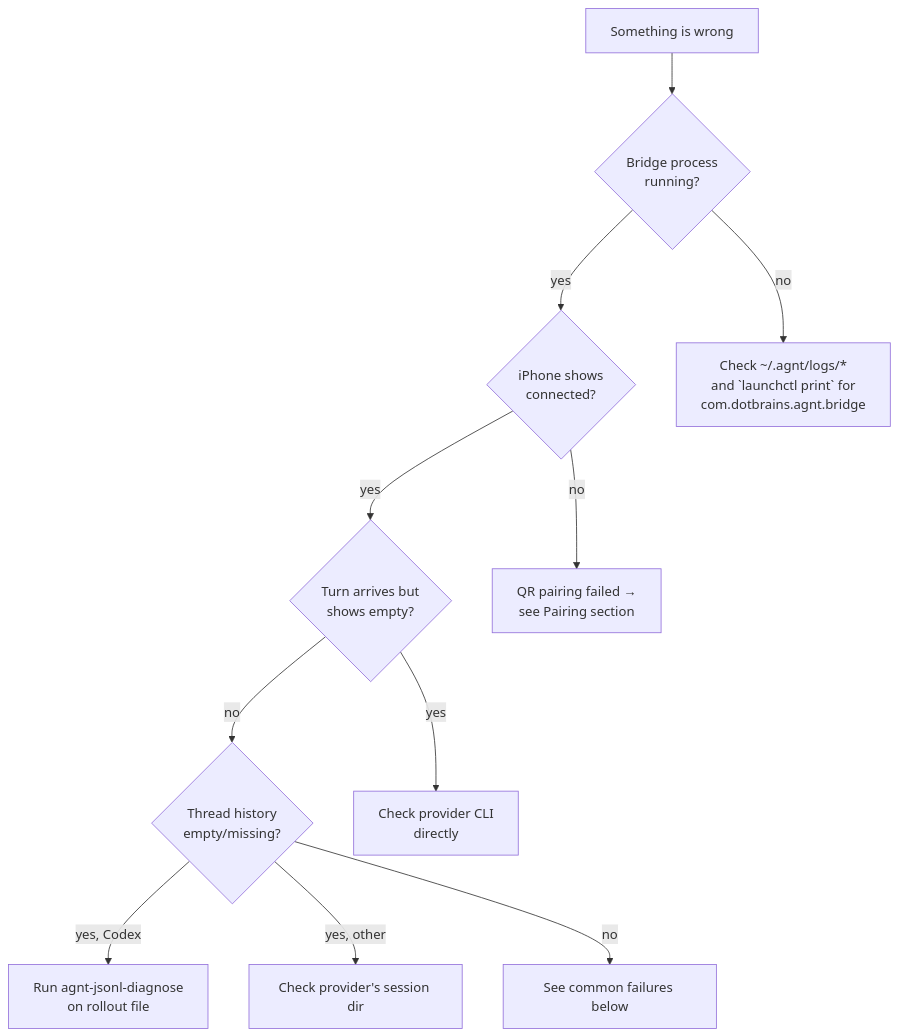
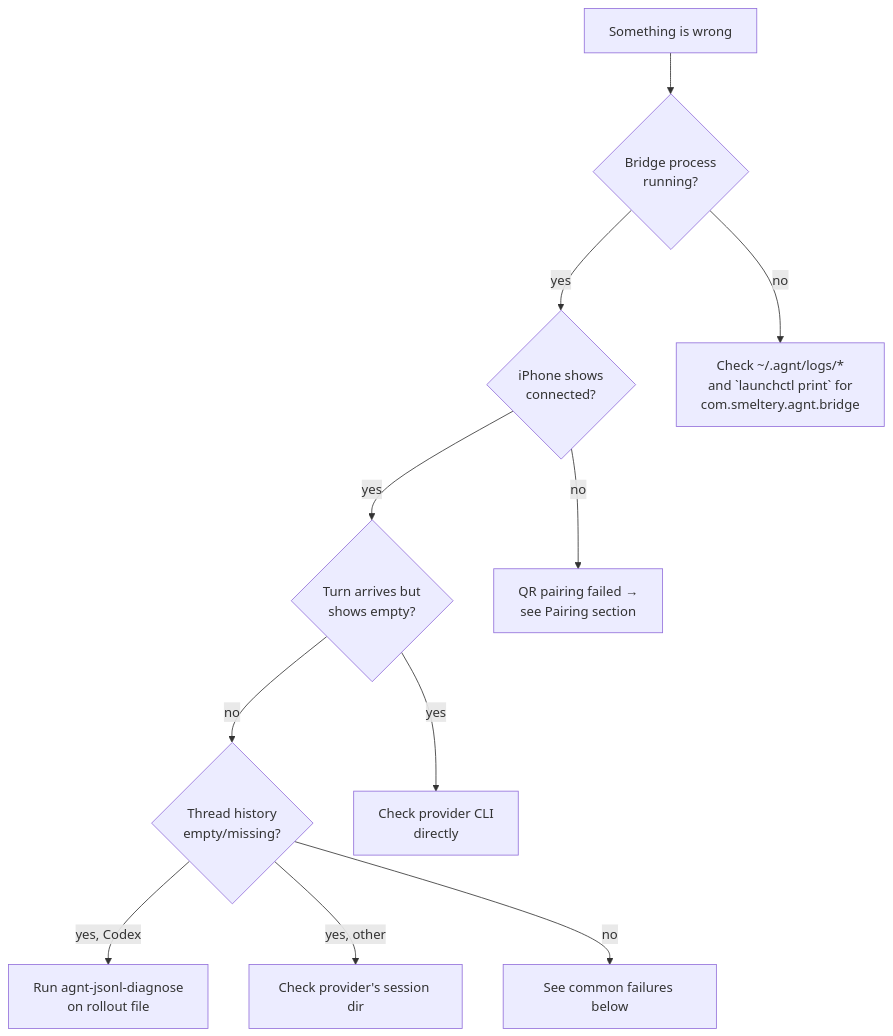
The diagram in docs/operations/debugging.md (smeltery/agnt), drawn with Mermaid before and after one commit. The commit also changed other lines of this file and 1115 other files, not shown here.

Commit message:
chore: rename package identifier from dotbrains to smeltery

````diff
--- a/docs/operations/debugging.md
+++ b/docs/operations/debugging.md
@@ -7,19 +7,19 @@
 ```mermaid
 flowchart TD
     Start[Something is wrong]
     Q1{Bridge process<br/>running?}
     Q2{iPhone shows<br/>connected?}
     Q3{Turn arrives but<br/>shows empty?}
     Q4{Thread history<br/>empty/missing?}
 
     Start --> Q1
-    Q1 -->|"no"| StartLogs[Check ~/.agnt/logs/*<br/>and `launchctl print` for<br/>com.dotbrains.agnt.bridge]
+    Q1 -->|"no"| StartLogs[Check ~/.agnt/logs/*<br/>and `launchctl print` for<br/>com.smeltery.agnt.bridge]
     Q1 -->|"yes"| Q2
     Q2 -->|"no"| Pairing[QR pairing failed →<br/>see Pairing section]
     Q2 -->|"yes"| Q3
     Q3 -->|"yes"| Provider[Check provider CLI<br/>directly]
     Q3 -->|"no"| Q4
     Q4 -->|"yes, Codex"| JsonlDiag[Run agnt-jsonl-diagnose<br/>on rollout file]
     Q4 -->|"yes, other"| ProviderHistory[Check provider's session dir]
     Q4 -->|"no"| Other[See common failures below]
 ```
````
